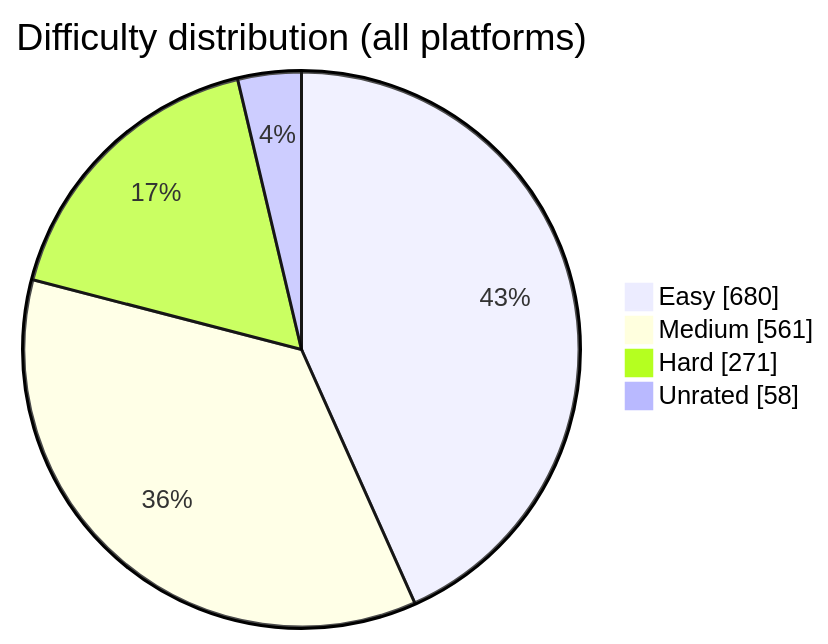
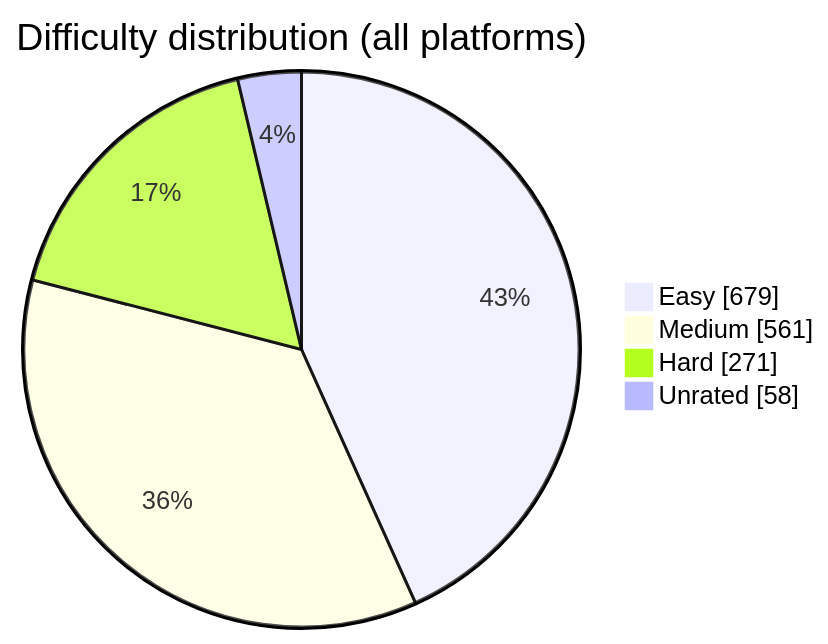
The diagram in README.md (BuildbyArindam/Daily-Coding-Log), drawn with Mermaid before and after one commit. The commit also changed other lines of this file, not shown here.

````diff
--- a/README.md
+++ b/README.md
@@ -93,7 +93,7 @@
 ```mermaid
 pie showData title Difficulty distribution (all platforms)
-    "Easy" : 680
+    "Easy" : 679
     "Medium" : 561
     "Hard" : 271
     "Unrated" : 58
 ```
````
